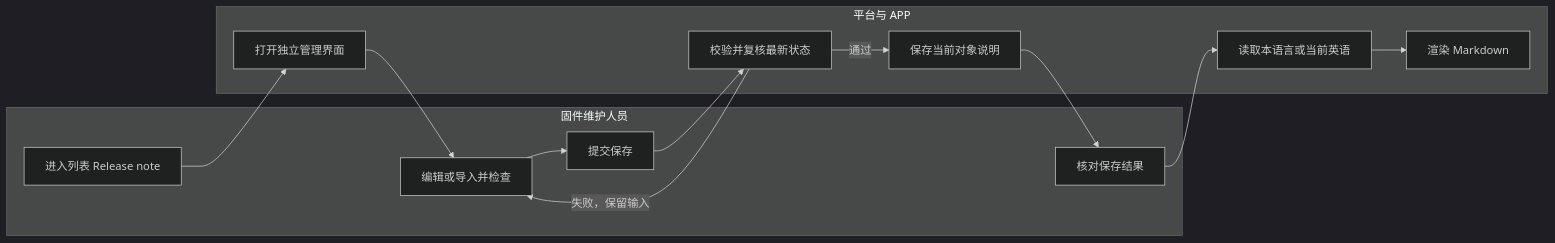
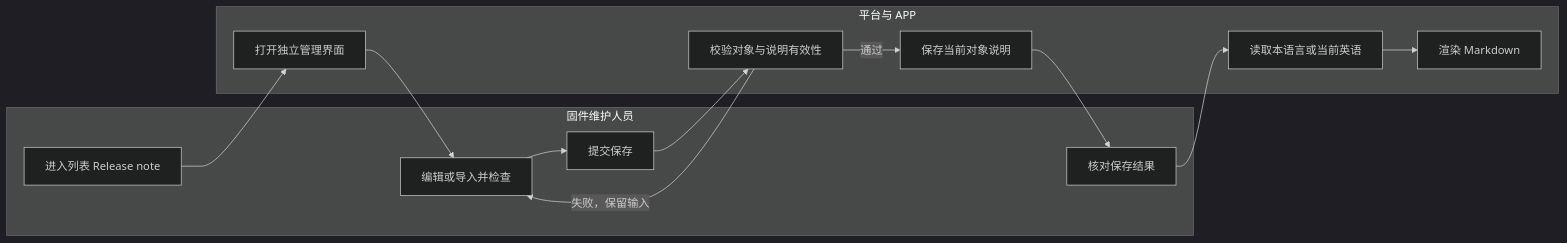
One commit to HawZZ/root-interactivable-prototype changed the diagram in prototypes/firmware-release-note/docs/PRD.md. Above: the diagram before and after it, drawn with Mermaid (dark theme). The commit also changed other lines of this file and 10 other files, not shown here.

````diff
--- a/prototypes/firmware-release-note/docs/PRD.md
+++ b/prototypes/firmware-release-note/docs/PRD.md
@@ -37,19 +39,19 @@
 ```mermaid
 flowchart LR
   subgraph U["固件维护人员"]
     U1["进入列表 Release note"]
     U2["编辑或导入并检查"]
     U3["提交保存"]
     U4["核对保存结果"]
   end
   subgraph S["平台与 APP"]
     P1["打开独立管理界面"]
-    P2["校验并复核最新状态"]
+    P2["校验对象与说明有效性"]
     P3["保存当前对象说明"]
     A1["读取本语言或当前英语"]
     A2["渲染 Markdown"]
   end
   U1 --> P1 --> U2 --> U3 --> P2
   P2 -- "通过" --> P3 --> U4 --> A1 --> A2
   P2 -- "失败，保留输入" --> U2
 ```
````
